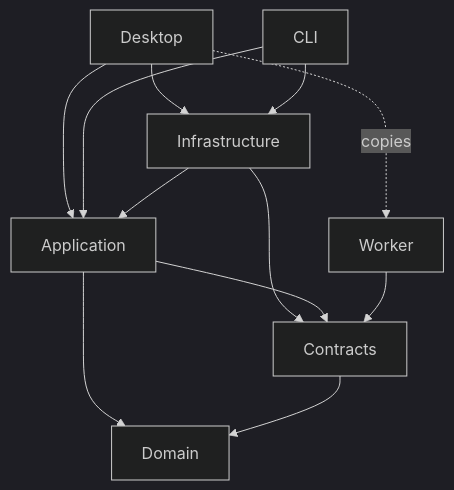
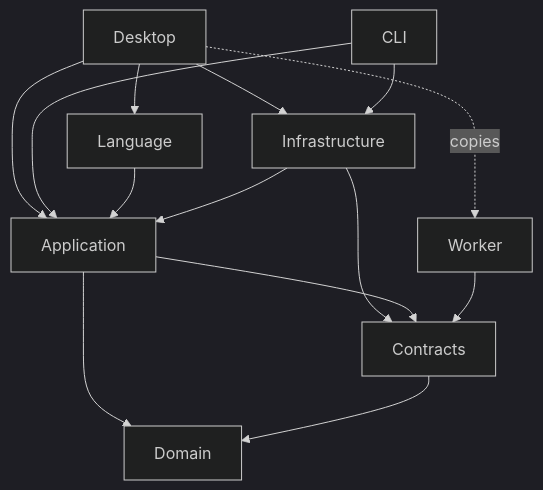
One commit to daniel-kindl/codepad changed the first of 2 diagrams in ARCHITECTURE.md. Above: the diagram before and after it, drawn with Mermaid (dark theme). The commit also changed other lines of this file and 41 other files, not shown here.

````diff
--- a/ARCHITECTURE.md
+++ b/ARCHITECTURE.md
@@ -45,14 +47,16 @@
 ```mermaid
 flowchart TD
     Desktop --> Application
     Desktop --> Infrastructure
+    Desktop --> Language
     Desktop -. copies .-> Worker
     CLI --> Application
     CLI --> Infrastructure
+    Language --> Application
     Infrastructure --> Application
     Infrastructure --> Contracts
     Application --> Domain
     Application --> Contracts
     Contracts --> Domain
     Worker --> Contracts
 ```
````
